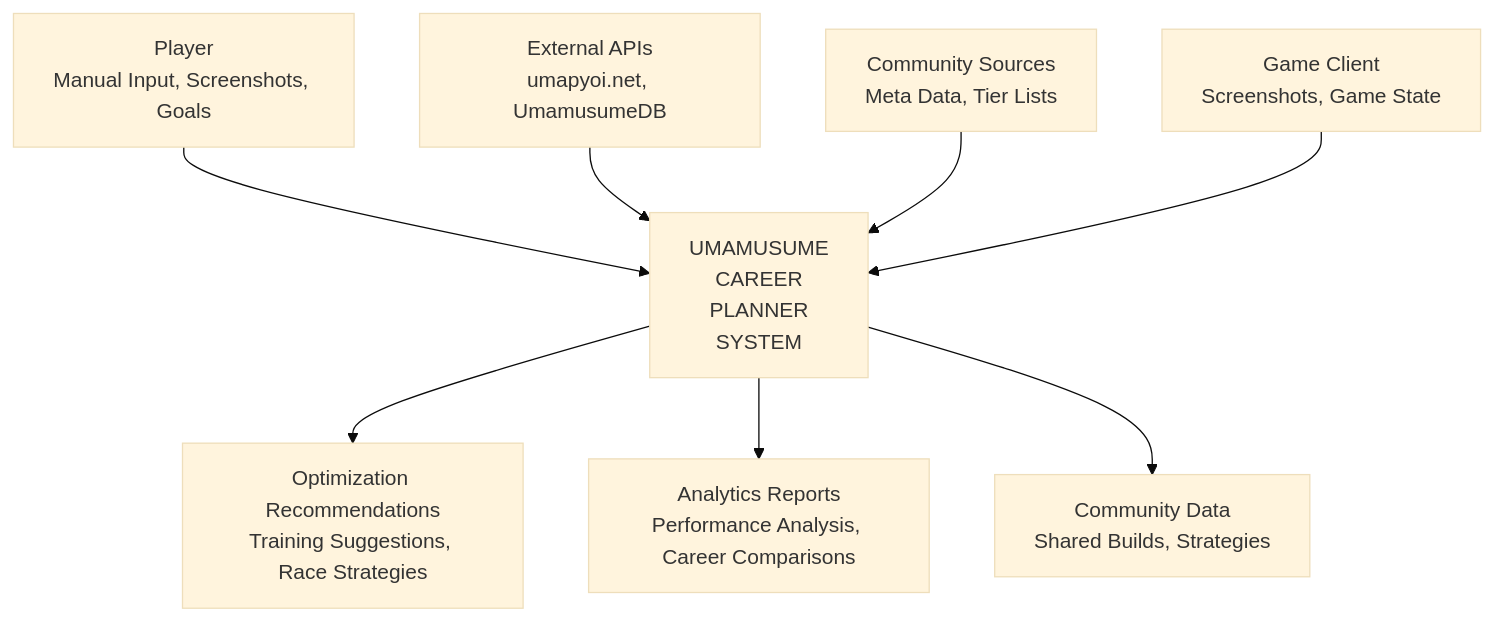
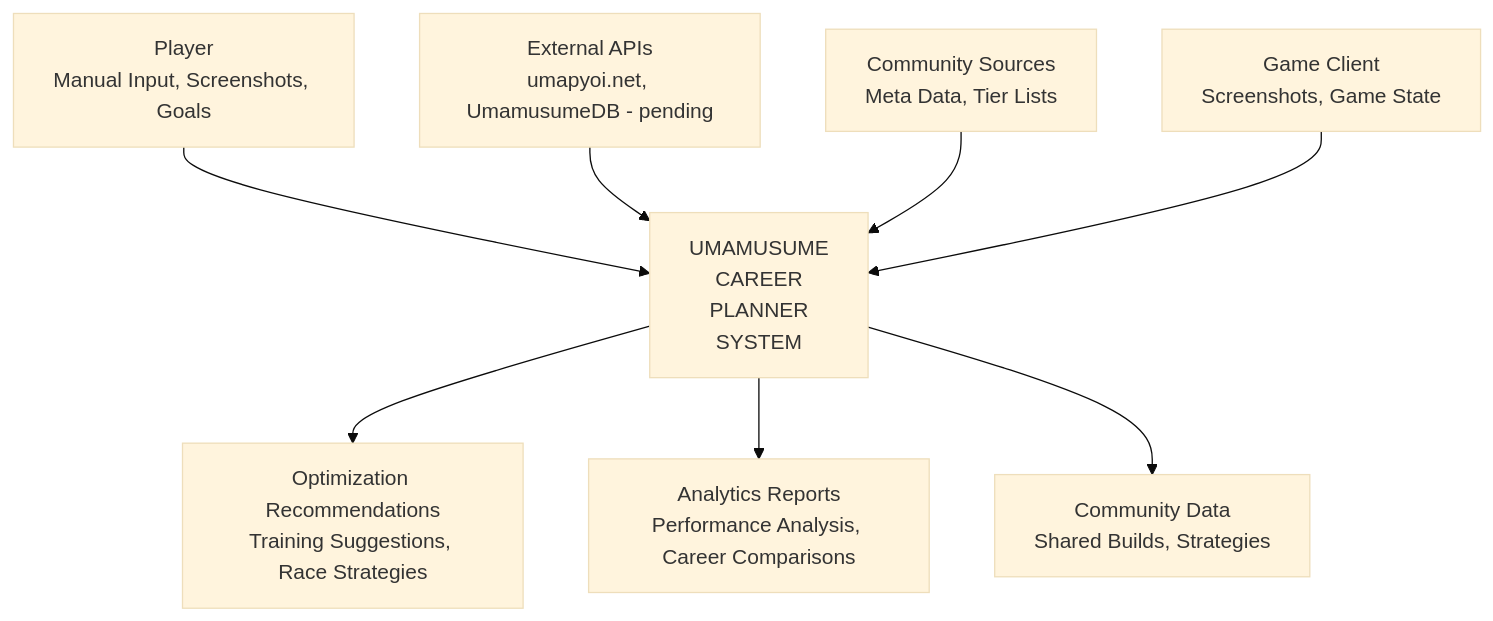
Before and after one commit to exatfrds67/umamusume-career-planner: the first of 4 diagrams in docs/data-flow-diagram.md, drawn with Mermaid (base theme). The commit also changed other lines of this file and 72 other files, not shown here.

````diff
--- a/docs/data-flow-diagram.md
+++ b/docs/data-flow-diagram.md
@@ -52,22 +52,22 @@
 ```mermaid
 graph TB
     Player[Player<br/>Manual Input, Screenshots, Goals]
-    APIs[External APIs<br/>umapyoi.net, UmamusumeDB]
+    APIs[External APIs<br/>umapyoi.net, UmamusumeDB - pending]
     Community[Community Sources<br/>Meta Data, Tier Lists]
     GameClient[Game Client<br/>Screenshots, Game State]
-    
+
     UmamusumeCareerPlanner[UMAMUSUME<br/>CAREER<br/>PLANNER<br/>SYSTEM]
-    
+
     OptRecommendations[Optimization Recommendations<br/>Training Suggestions, Race Strategies]
     Analytics[Analytics Reports<br/>Performance Analysis, Career Comparisons]
     CommunityData[Community Data<br/>Shared Builds, Strategies]
-    
+
     Player --> UmamusumeCareerPlanner
     APIs --> UmamusumeCareerPlanner
     Community --> UmamusumeCareerPlanner
     GameClient --> UmamusumeCareerPlanner
-    
+
     UmamusumeCareerPlanner --> OptRecommendations
     UmamusumeCareerPlanner --> Analytics
     UmamusumeCareerPlanner --> CommunityData
 ```
````
